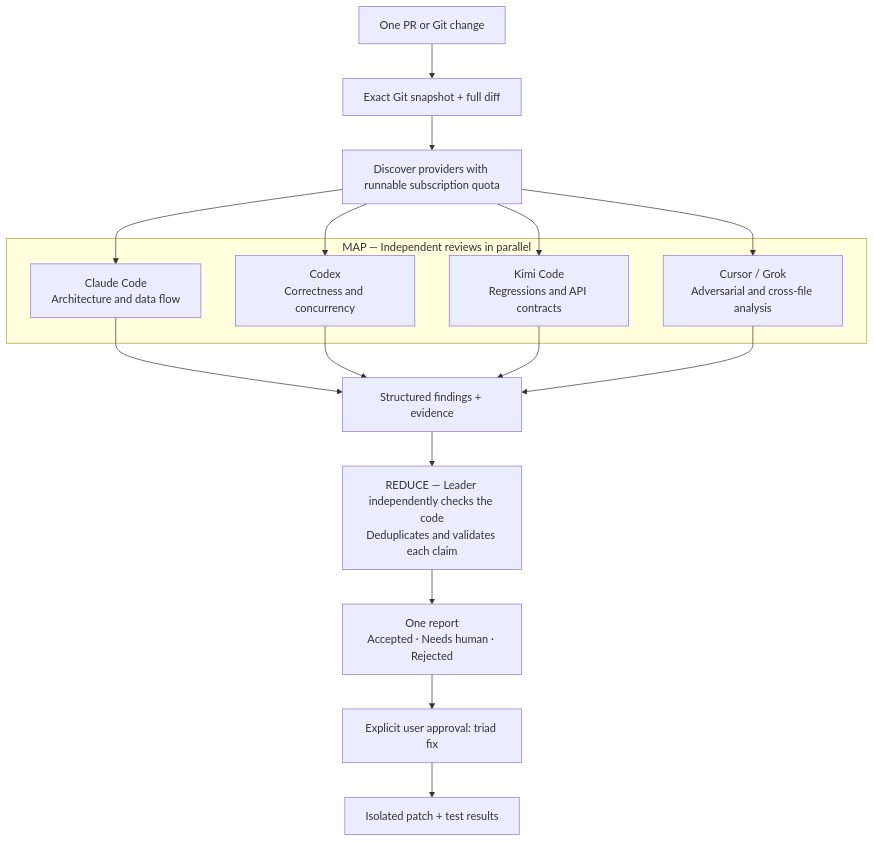
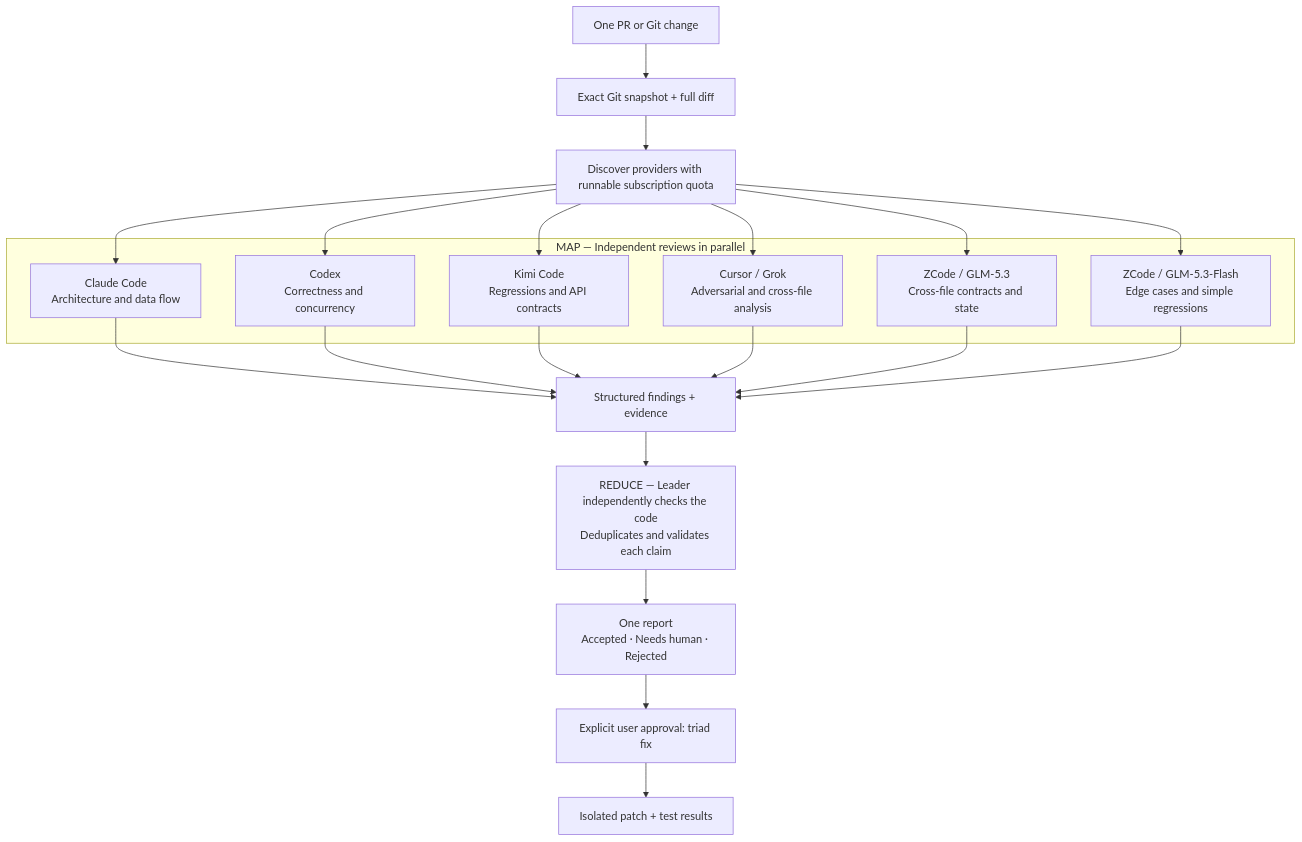
Before and after one commit to nocell/triad-harness: the diagram in README.md, drawn with Mermaid. The commit also changed other lines of this file and 21 other files, not shown here.

````diff
--- a/README.md
+++ b/README.md
@@ -17,25 +17,31 @@
 ```mermaid
 flowchart TB
     PR["One PR or Git change"] --> S["Exact Git snapshot + full diff"]
     S --> Q["Discover providers with runnable subscription quota"]
 
     subgraph MAP["MAP — Independent reviews in parallel"]
         C["Claude Code<br/>Architecture and data flow"]
         O["Codex<br/>Correctness and concurrency"]
         K["Kimi Code<br/>Regressions and API contracts"]
         G["Cursor / Grok<br/>Adversarial and cross-file analysis"]
+        Z["ZCode / GLM-5.3<br/>Cross-file contracts and state"]
+        ZF["ZCode / GLM-5.3-Flash<br/>Edge cases and simple regressions"]
     end
 
     Q --> C
     Q --> O
     Q --> K
     Q --> G
+    Q --> Z
+    Q --> ZF
     C --> F["Structured findings + evidence"]
     O --> F
     K --> F
     G --> F
+    Z --> F
+    ZF --> F
     F --> R["REDUCE — Leader independently checks the code<br/>Deduplicates and validates each claim"]
     R --> REPORT["One report<br/>Accepted · Needs human · Rejected"]
     REPORT --> APPROVE["Explicit user approval: triad fix"]
     APPROVE --> FIX["Isolated patch + test results"]
 ```
````
